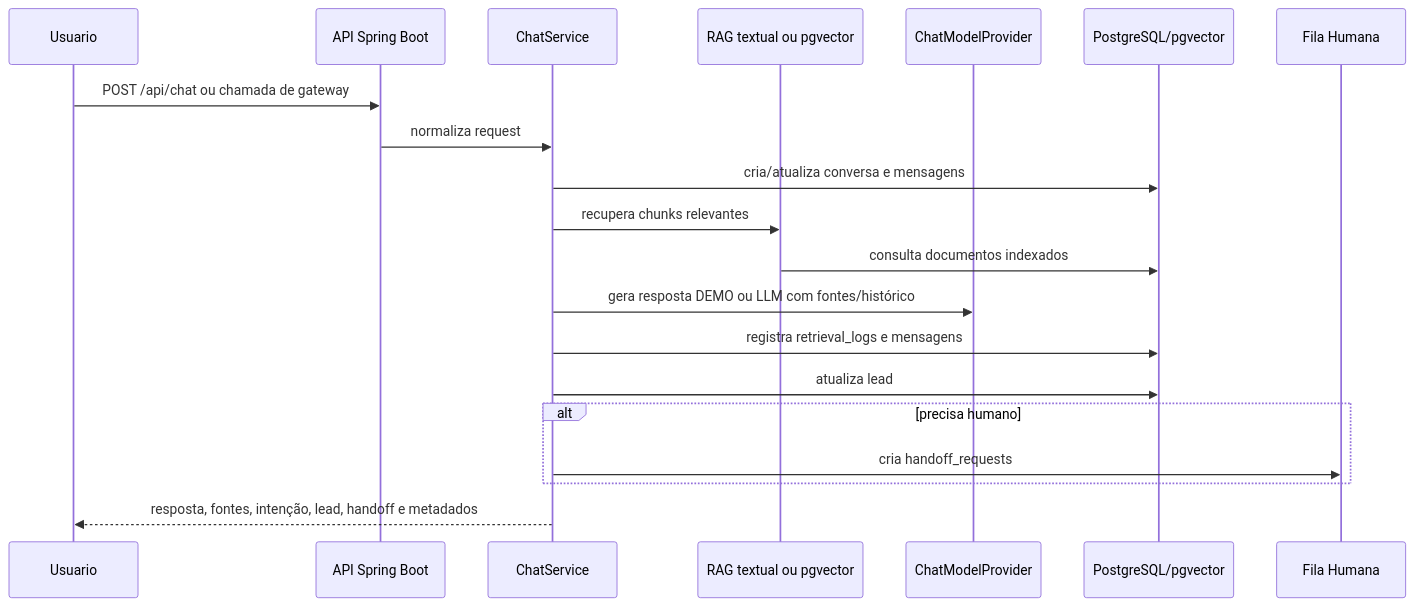
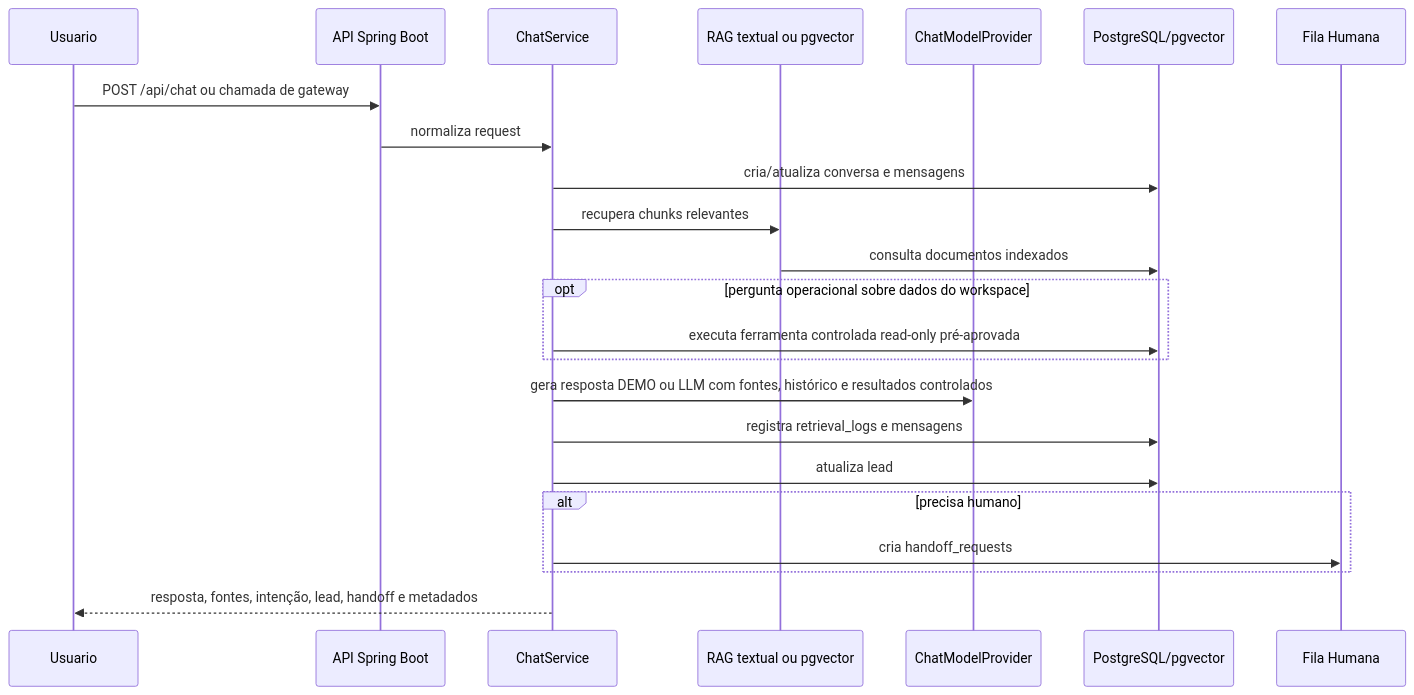
One commit to opiagile/opiagile-ai-rag-core-public changed the diagram in docs/architecture.md. Above: the diagram before and after it, drawn with Mermaid. The commit also changed other lines of this file and 190 other files, not shown here.

````diff
--- a/docs/architecture.md
+++ b/docs/architecture.md
@@ -33,23 +33,26 @@
 ```mermaid
 sequenceDiagram
     participant Usuario
     participant API as API Spring Boot
     participant Chat as ChatService
     participant RAG as RAG textual ou pgvector
     participant LLM as ChatModelProvider
     participant DB as PostgreSQL/pgvector
     participant Humano as Fila Humana
 
     Usuario->>API: POST /api/chat ou chamada de gateway
     API->>Chat: normaliza request
     Chat->>DB: cria/atualiza conversa e mensagens
     Chat->>RAG: recupera chunks relevantes
     RAG->>DB: consulta documentos indexados
-    Chat->>LLM: gera resposta DEMO ou LLM com fontes/histórico
+    opt pergunta operacional sobre dados do workspace
+        Chat->>DB: executa ferramenta controlada read-only pré-aprovada
+    end
+    Chat->>LLM: gera resposta DEMO ou LLM com fontes, histórico e resultados controlados
     Chat->>DB: registra retrieval_logs e mensagens
     Chat->>DB: atualiza lead
     alt precisa humano
         Chat->>Humano: cria handoff_requests
     end
     Chat-->>Usuario: resposta, fontes, intenção, lead, handoff e metadados
 ```
````
